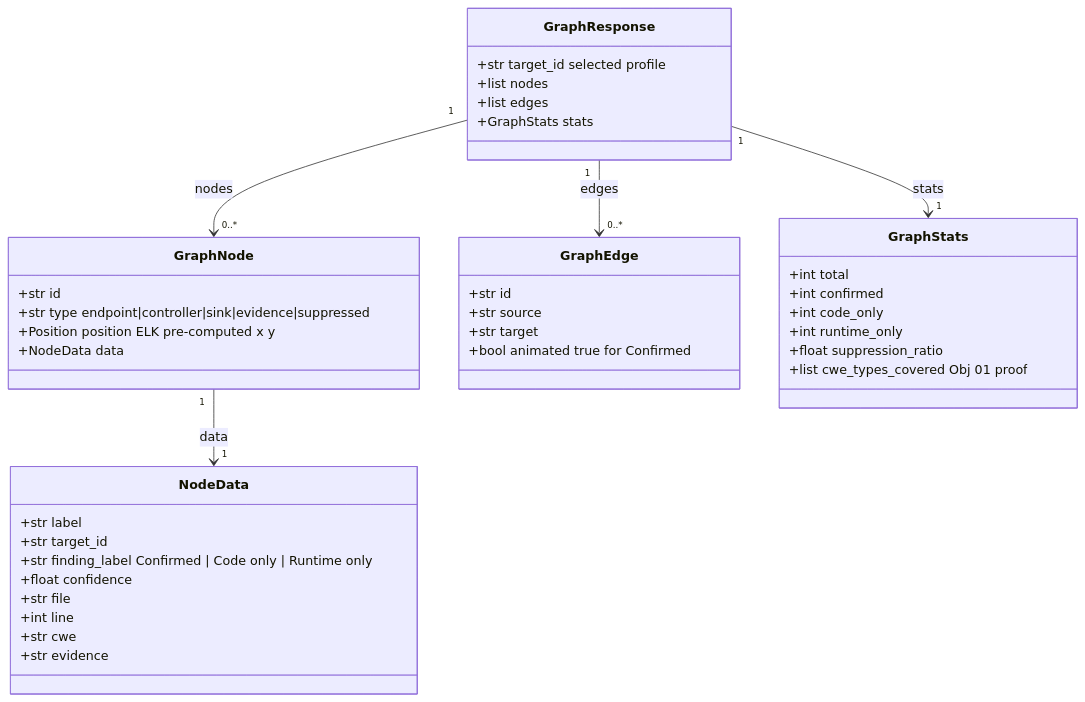
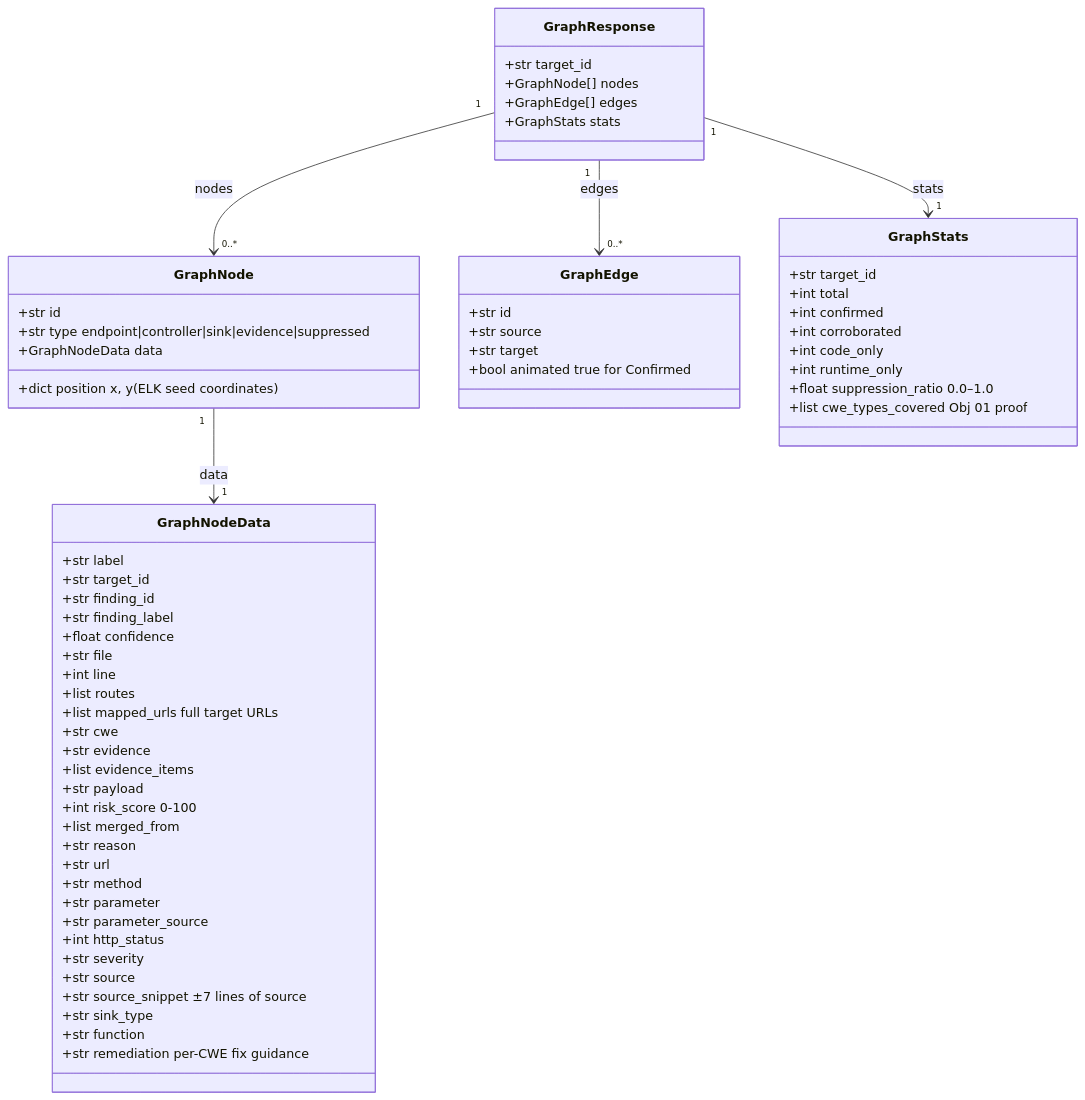
Diagram 22 of 23 in HACKATHON/docs/P06-Architecture.md (Halcyora/mitigata), drawn with Mermaid before and after one commit. The commit also changed other lines of this file and 1 other file, not shown here.

Commit message:
feat: Update architecture documentation with new scan manager and compliance mapping details

````diff
--- a/HACKATHON/docs/P06-Architecture.md
+++ b/HACKATHON/docs/P06-Architecture.md
@@ -703,48 +785,69 @@
 ```mermaid
 classDiagram
     class GraphResponse {
-        +str target_id  selected profile
-        +list nodes
-        +list edges
+        +str target_id
+        +GraphNode[] nodes
+        +GraphEdge[] edges
         +GraphStats stats
     }
 
     class GraphNode {
         +str id
         +str type  endpoint|controller|sink|evidence|suppressed
-        +Position position  ELK pre-computed x y
-        +NodeData data
+        +dict position  x, y (ELK seed coordinates)
+        +GraphNodeData data
     }
 
-    class NodeData {
+    class GraphNodeData {
         +str label
         +str target_id
-        +str finding_label  Confirmed | Code only | Runtime only
+        +str finding_id
+        +str finding_label
         +float confidence
         +str file
         +int line
+        +list routes
+        +list mapped_urls  full target URLs
         +str cwe
         +str evidence
+        +list evidence_items
+        +str payload
+        +int risk_score  0-100
+        +list merged_from
+        +str reason
+        +str url
+        +str method
+        +str parameter
+        +str parameter_source
+        +int http_status
+        +str severity
+        +str source
+        +str source_snippet  ±7 lines of source
+        +str sink_type
+        +str function
+        +str remediation  per-CWE fix guidance
     }
 
     class GraphEdge {
         +str id
         +str source
         +str target
         +bool animated  true for Confirmed
     }
 
     class GraphStats {
+        +str target_id
         +int total
         +int confirmed
+        +int corroborated
         +int code_only
         +int runtime_only
-        +float suppression_ratio
+        +float suppression_ratio  0.0–1.0
         +list cwe_types_covered  Obj 01 proof
     }
 
     GraphResponse "1" --> "0..*" GraphNode : nodes
     GraphResponse "1" --> "0..*" GraphEdge : edges
     GraphResponse "1" --> "1" GraphStats : stats
-    GraphNode "1" --> "1" NodeData : data
+    GraphNode "1" --> "1" GraphNodeData : data
 ```
````
